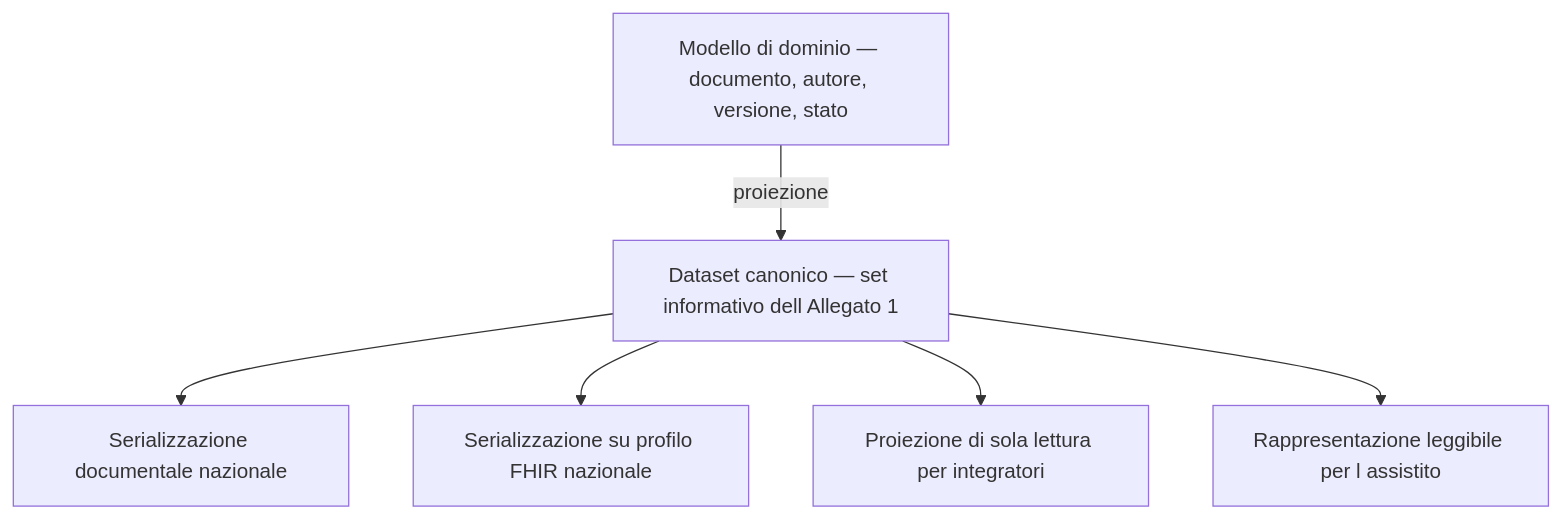
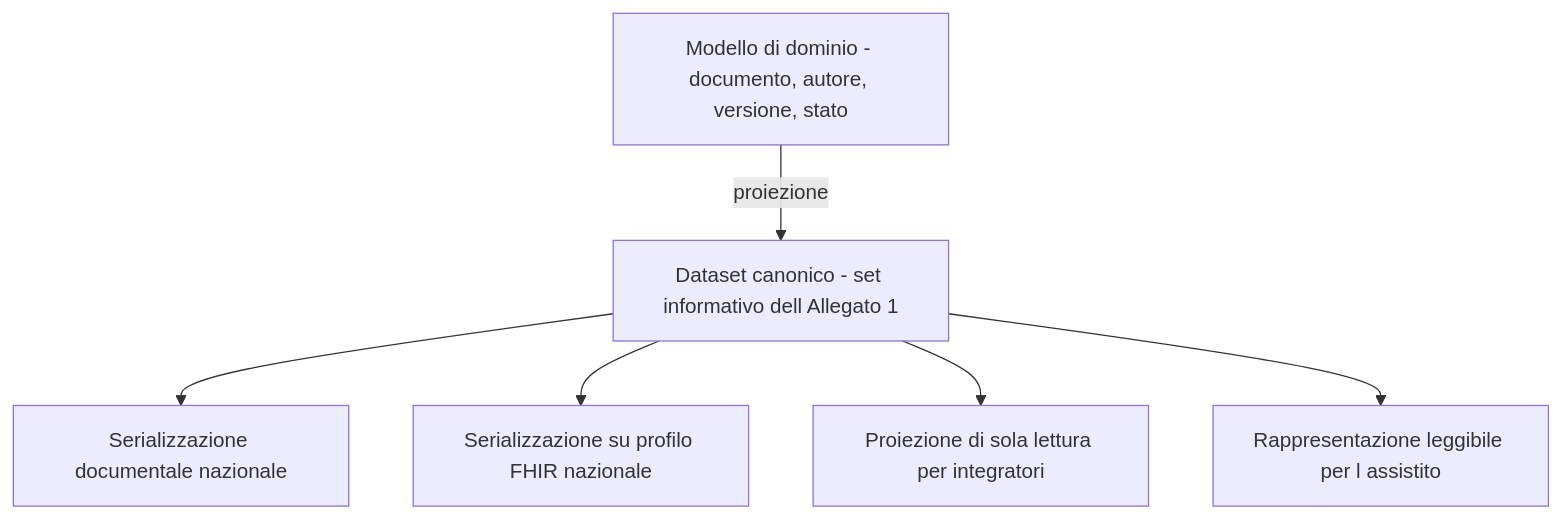
Before and after one commit to fedcal/Telemedic: the third of 3 diagrams in docs/05_domain/04-documenti-clinici.md, drawn with Mermaid. The commit also changed other lines of this file and 301 other files, not shown here.

````diff
--- a/docs/05_domain/04-documenti-clinici.md
+++ b/docs/05_domain/04-documenti-clinici.md
@@ -260,15 +260,15 @@
 ```mermaid
 flowchart TB
-    DOM["Modello di dominio — documento, autore, versione, stato"]
-    DS["Dataset canonico — set informativo dell Allegato 1"]
+    DOM["Modello di dominio - documento, autore, versione, stato"]
+    DS["Dataset canonico - set informativo dell Allegato 1"]
     S1["Serializzazione documentale nazionale"]
     S2["Serializzazione su profilo FHIR nazionale"]
     S3["Proiezione di sola lettura per integratori"]
     S4["Rappresentazione leggibile per l assistito"]
 
     DOM -->|"proiezione"| DS
     DS --> S1
     DS --> S2
     DS --> S3
     DS --> S4
 ```
````
